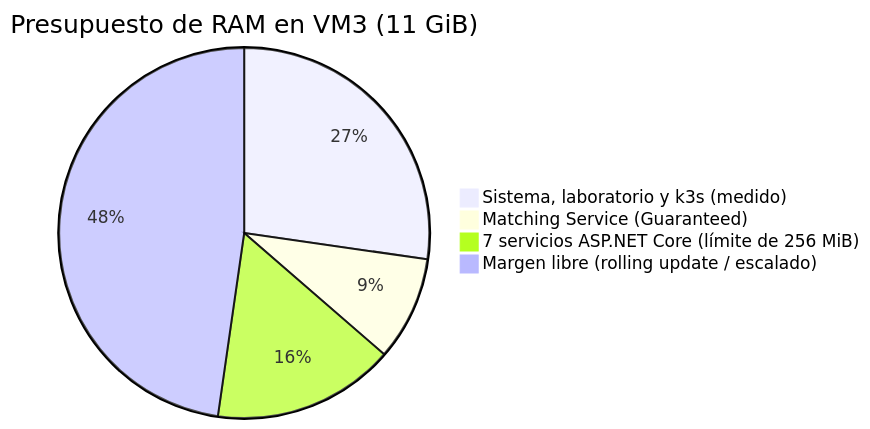
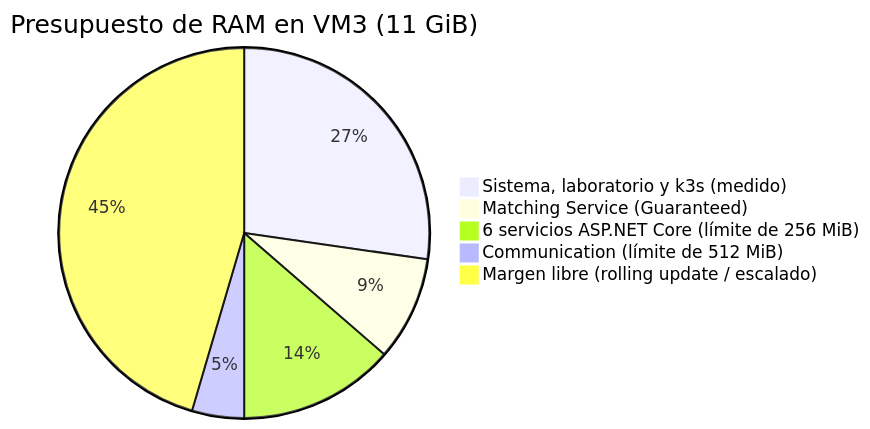
The third of 5 diagrams in docs/infrastructure/INFRASTRUCTURE.md (ARQUI-202630/quickpatch), drawn with Mermaid before and after one commit. The commit also changed other lines of this file, not shown here.

Commit message:
docs(infra): limite de memoria de Communication y grupos que leen desde el principio (SCRUM-458)

````diff
--- a/docs/infrastructure/INFRASTRUCTURE.md
+++ b/docs/infrastructure/INFRASTRUCTURE.md
@@ -454,7 +459,8 @@
 ```mermaid
 pie title Presupuesto de RAM en VM3 (11 GiB)
     "Sistema, laboratorio y k3s (medido)" : 3
     "Matching Service (Guaranteed)" : 1
-    "7 servicios ASP.NET Core (límite de 256 MiB)" : 1.75
-    "Margen libre (rolling update / escalado)" : 5.25
+    "6 servicios ASP.NET Core (límite de 256 MiB)" : 1.5
+    "Communication (límite de 512 MiB)" : 0.5
+    "Margen libre (rolling update / escalado)" : 5
 ```
````
